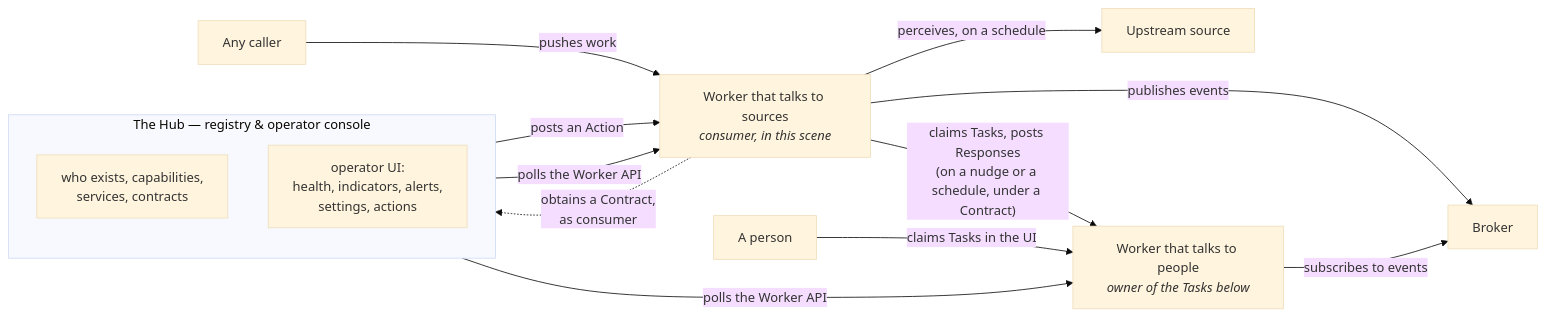
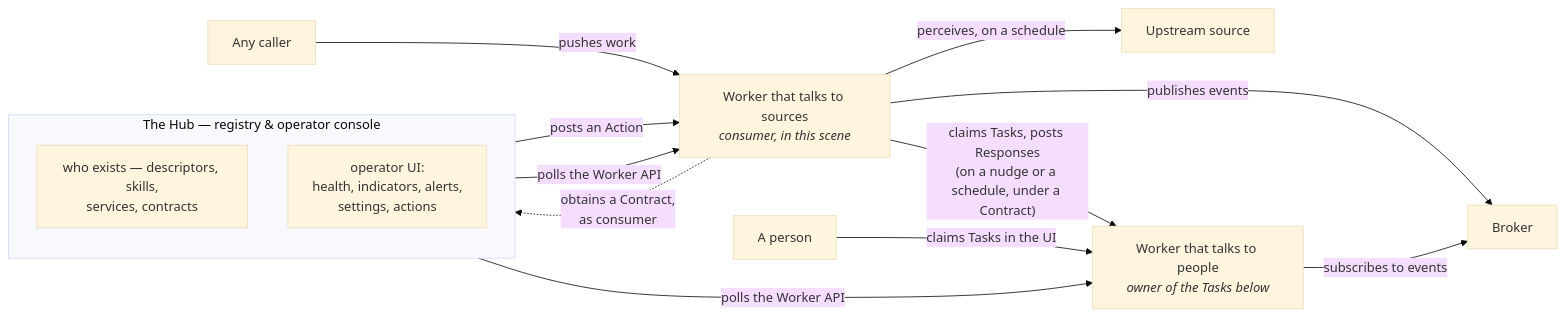
Before and after one commit to rowing-tech/worker-protocol: the diagram in docs/architecture.md, drawn with Mermaid (base theme). The commit also changed other lines of this file and 8 other files, not shown here.

````diff
--- a/docs/architecture.md
+++ b/docs/architecture.md
@@ -118,25 +122,25 @@
 ```mermaid
 flowchart LR
   subgraph hub["The Hub — registry & operator console"]
     direction TB
-    registry["who exists, capabilities,<br/>services, contracts"]
+    registry["who exists — descriptors, skills,<br/>services, contracts"]
     console["operator UI:<br/>health, indicators, alerts,<br/>settings, actions"]
   end
   source["Upstream source"]
   caller["Any caller"]
   worker["Worker that talks to sources<br/><i>consumer, in this scene</i>"]
   app["Worker that talks to people<br/><i>owner of the Tasks below</i>"]
   broker["Broker"]
   person["A person"]
 
   worker -- "perceives, on a schedule" --> source
   caller -- "pushes work" --> worker
   worker -- "claims Tasks, posts Responses<br/>(on a nudge or a schedule, under a Contract)" --> app
   person -- "claims Tasks in the UI" --> app
   worker -- "publishes events" --> broker
   app -- "subscribes to events" --> broker
   hub -- "polls the Worker API" --> worker
   hub -- "polls the Worker API" --> app
   console -- "posts an Action" --> worker
   worker -. "obtains a Contract,<br/>as consumer" .-> registry
 ```
````
